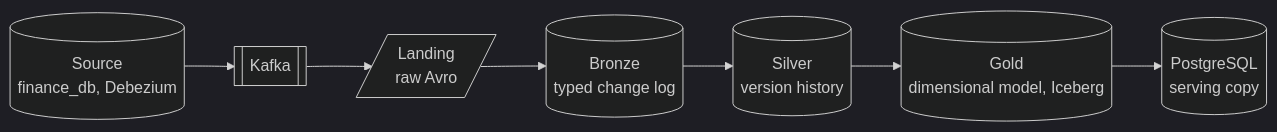
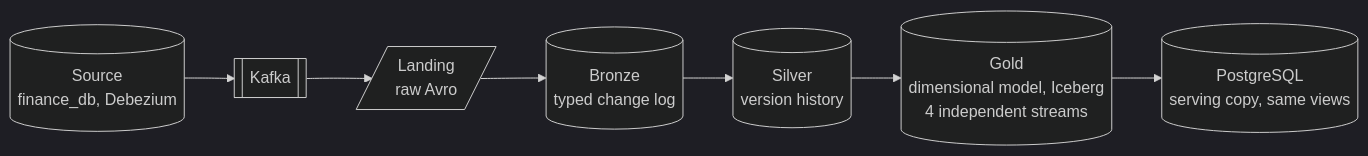
The diagram in docs/lakehouse/index.md (jonathan5p/deel-home-task), drawn with Mermaid (dark theme) before and after one commit. The commit also changed other lines of this file and 7 other files, not shown here.

Commit message:
docs: update the summaries, serving pages and code layout for the final gold design

````diff
--- a/docs/lakehouse/index.md
+++ b/docs/lakehouse/index.md
@@ -5,9 +5,9 @@
 ```mermaid
 flowchart LR
     source[("Source<br/>finance_db, Debezium")] --> kafka[["Kafka"]]
     kafka --> landing[/"Landing<br/>raw Avro"/]
     landing --> bronze[("Bronze<br/>typed change log")]
     bronze --> silver[("Silver<br/>version history")]
-    silver --> gold[("Gold<br/>dimensional model, Iceberg")]
-    gold --> serving[("PostgreSQL<br/>serving copy")]
+    silver --> gold[("Gold<br/>dimensional model, Iceberg<br/>4 independent streams")]
+    gold --> serving[("PostgreSQL<br/>serving copy, same views")]
 ```
````
